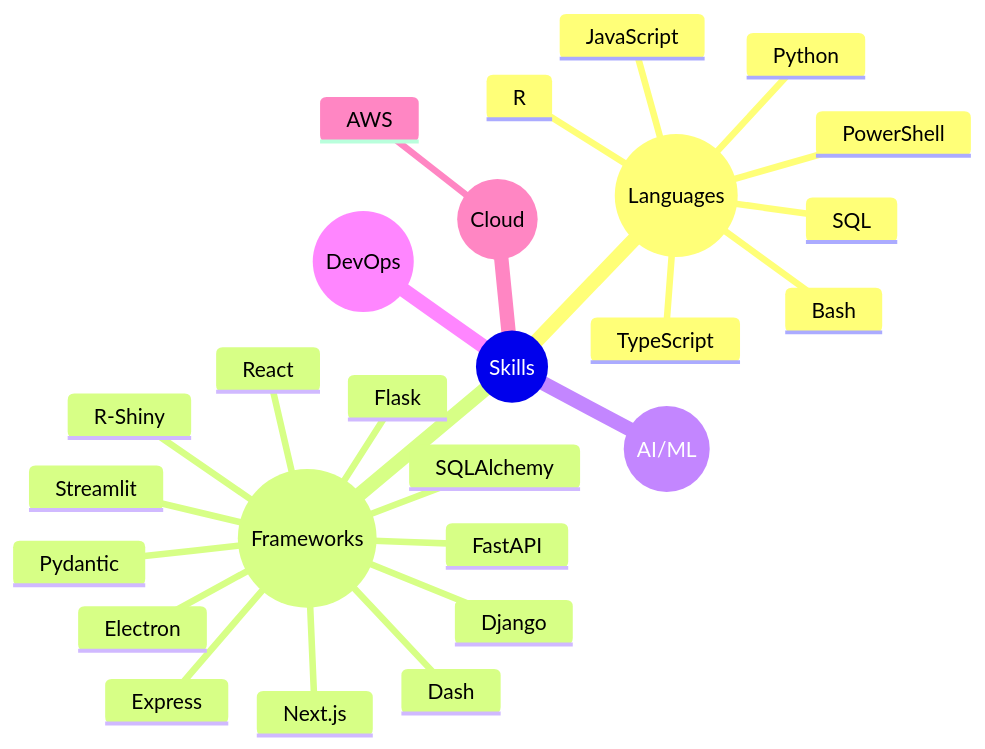
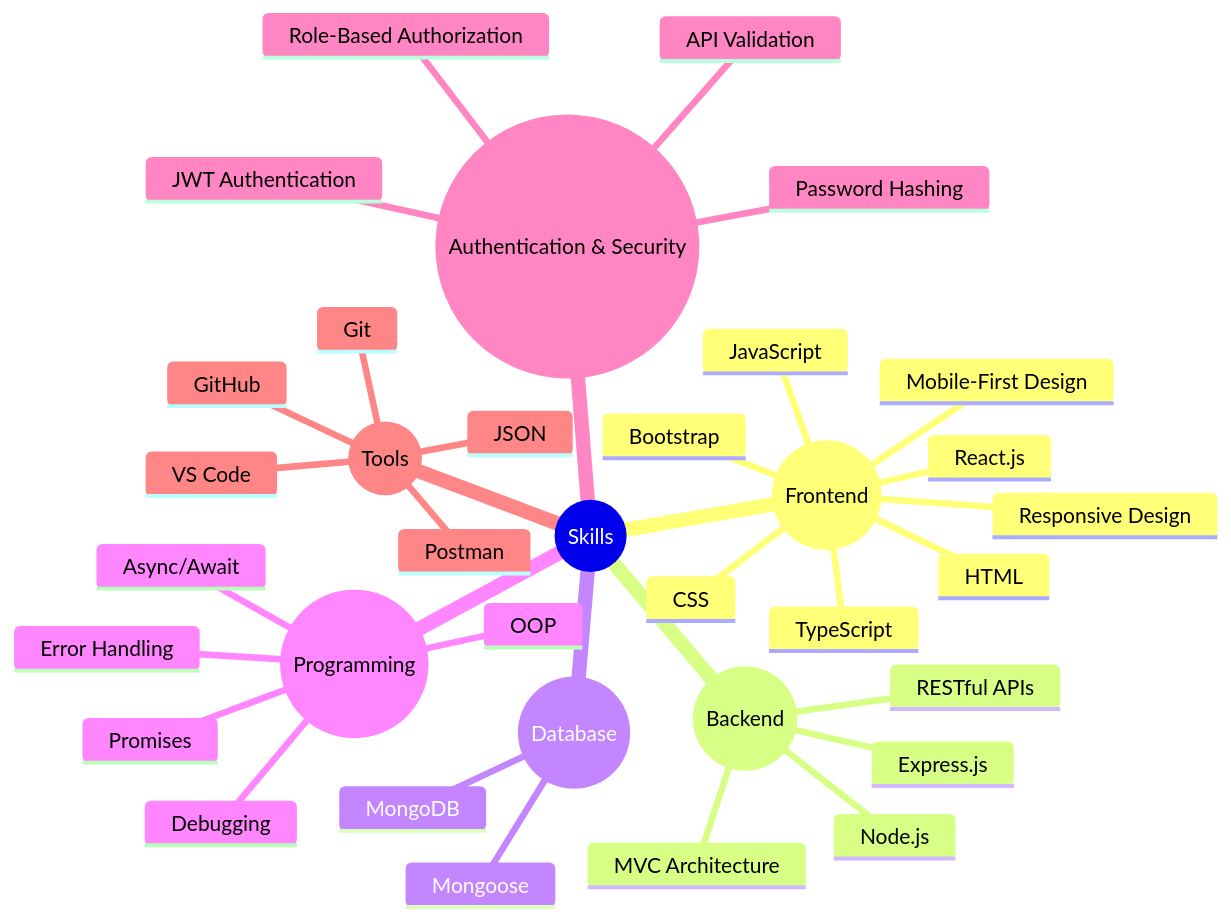
Before and after one commit to mohamed-yasser-0/mohamed-yasser-0: the diagram in README.md, drawn with Mermaid. The commit also changed other lines of this file, not shown here.

````diff
--- a/README.md
+++ b/README.md
@@ -8,29 +9,38 @@
 ```mermaid
 mindmap
   root((Skills))
-    ((Languages))
-      Python
+    ((Frontend))
+      HTML
+      CSS
       JavaScript
       TypeScript
-      R
-      SQL
-      Bash
-      PowerShell
-    ((Frameworks))
-      React
-      Flask
-      Django
-      FastAPI
-      Express
-      Electron
-      Next.js
-      Dash
-      R-Shiny
-      Streamlit
-      Pydantic
-      SQLAlchemy
-    ((AI/ML))
-    ((DevOps))
-    ((Cloud))
-      AWS
+      React.js
+      Bootstrap
+      Responsive Design
+      Mobile-First Design
+    ((Backend))
+      Node.js
+      Express.js
+      RESTful APIs
+      MVC Architecture
+    ((Database))
+      MongoDB
+      Mongoose
+    ((Programming))
+      OOP
+      Promises
+      Async/Await
+      Error Handling
+      Debugging
+    ((Authentication & Security))
+      JWT Authentication
+      Role-Based Authorization
+      API Validation
+      Password Hashing
+    ((Tools))
+      Git
+      GitHub
+      Postman
+      VS Code
+      JSON
 ```
````
